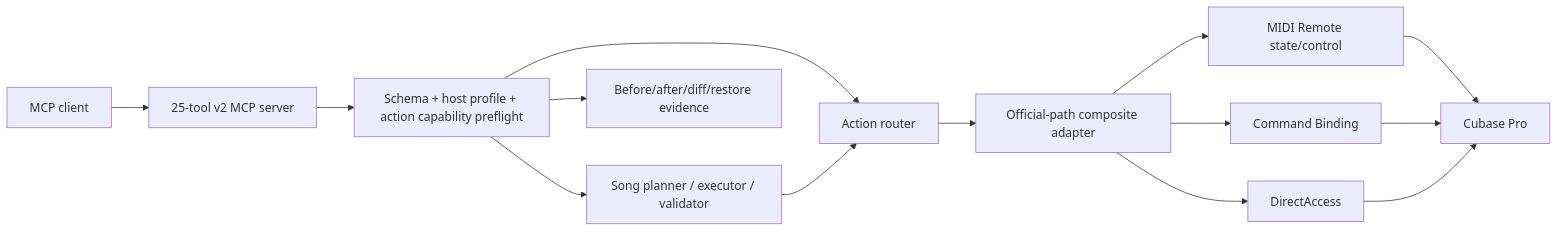
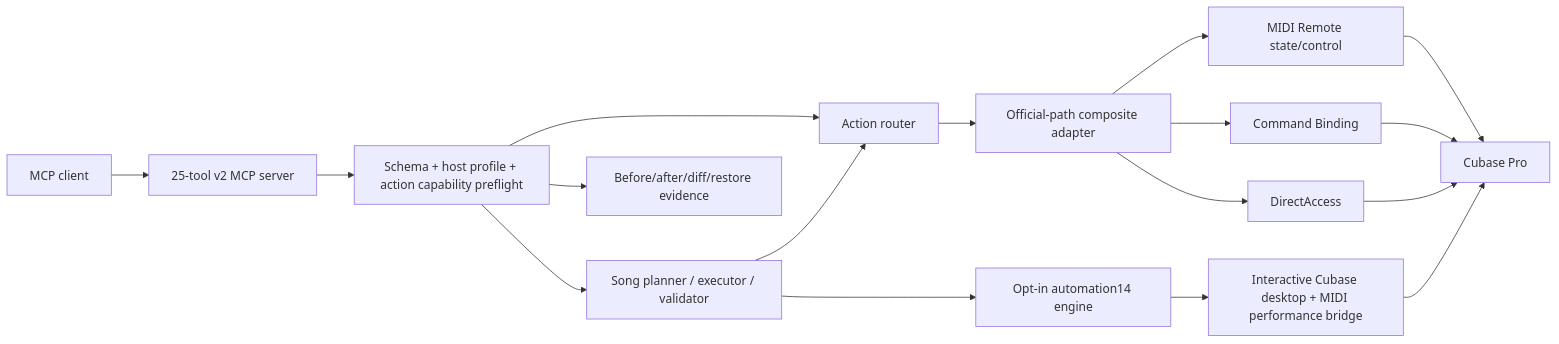
The diagram in docs/architecture.md (PIXELHIZE/CubaseMCP), drawn with Mermaid before and after one commit. The commit also changed other lines of this file and 47 other files, not shown here.

Commit message:
Add Cubase 14 instrument-song automation profile

````diff
--- a/docs/architecture.md
+++ b/docs/architecture.md
@@ -3,16 +3,19 @@
 ```mermaid
 flowchart LR
   Client["MCP client"] --> Server["25-tool v2 MCP server"]
   Server --> Preflight["Schema + host profile + action capability preflight"]
   Preflight --> Song["Song planner / executor / validator"]
   Preflight --> Router["Action router"]
   Song --> Router
+  Song --> A14["Opt-in automation14 engine"]
   Router --> Adapter["Official-path composite adapter"]
   Adapter --> MR["MIDI Remote state/control"]
   Adapter --> CB["Command Binding"]
   Adapter --> DA["DirectAccess"]
   MR --> Cubase["Cubase Pro"]
   CB --> Cubase
   DA --> Cubase
+  A14 --> UI["Interactive Cubase desktop + MIDI performance bridge"]
+  UI --> Cubase
   Preflight --> Evidence["Before/after/diff/restore evidence"]
 ```
````
